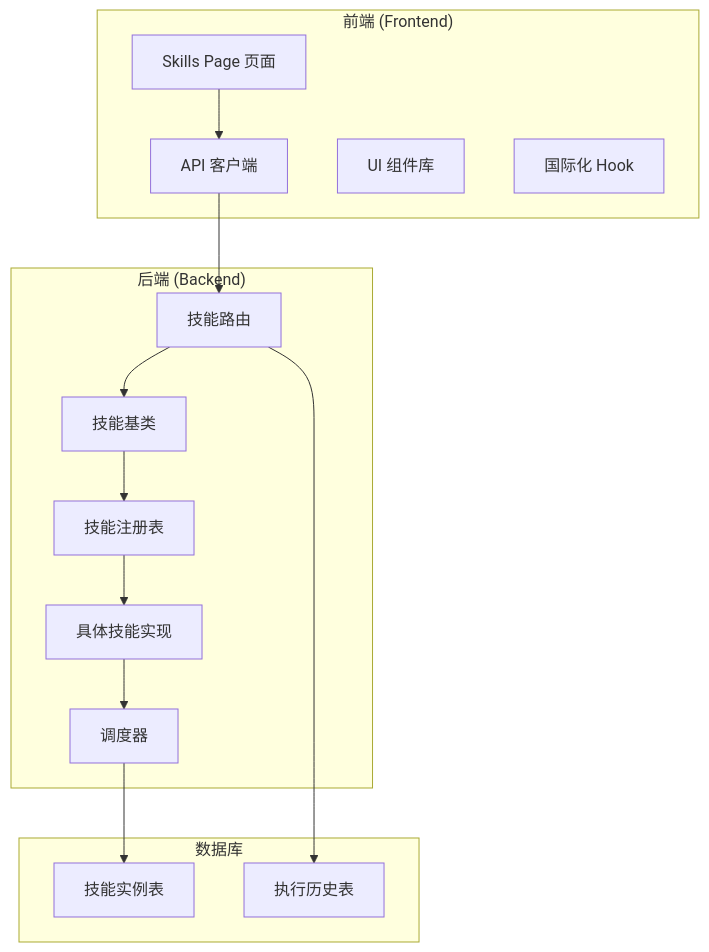
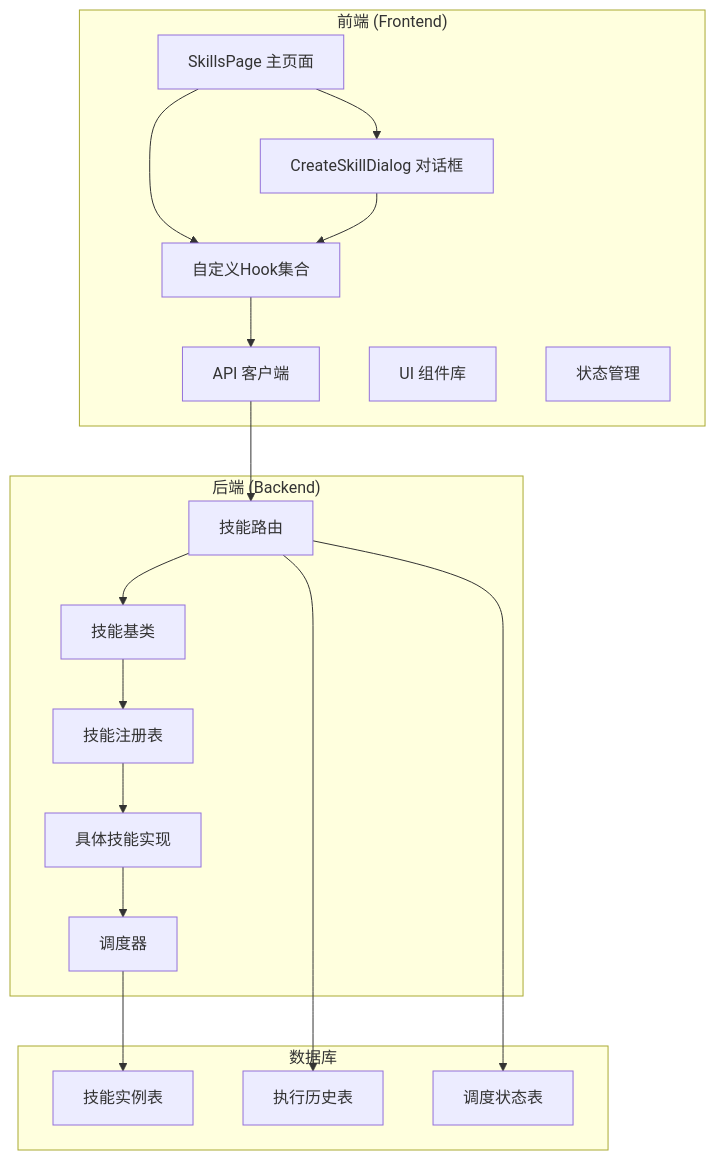
Before and after one commit to jackeyunjie/open-notebook: the first of 12 diagrams in .qoder/repowiki/zh/content/前端架构/技能管理前端页面.md, drawn with Mermaid. The commit also changed other lines of this file and 24 other files, not shown here.

````diff
--- a/.qoder/repowiki/zh/content/前端架构/技能管理前端页面.md
+++ b/.qoder/repowiki/zh/content/前端架构/技能管理前端页面.md
@@ -41,28 +53,35 @@
 ```mermaid
 graph TB
 subgraph "前端 (Frontend)"
-A[Skills Page 页面]
-B[API 客户端]
-C[UI 组件库]
-D[国际化 Hook]
+A[SkillsPage 主页面]
+B[CreateSkillDialog 对话框]
+C[自定义Hook集合]
+D[API 客户端]
+E[UI 组件库]
+F[状态管理]
 end
 subgraph "后端 (Backend)"
-E[技能路由]
-F[技能基类]
-G[技能注册表]
-H[具体技能实现]
-I[调度器]
+G[技能路由]
+H[技能基类]
+I[技能注册表]
+J[具体技能实现]
+K[调度器]
 end
 subgraph "数据库"
-J[技能实例表]
-K[执行历史表]
+L[技能实例表]
+M[执行历史表]
+N[调度状态表]
 end
 A --> B
-B --> E
-E --> F
-F --> G
+A --> C
+B --> C
+C --> D
+D --> G
 G --> H
 H --> I
 I --> J
-E --> K
+J --> K
+K --> L
+G --> M
+G --> N
 ```
````
